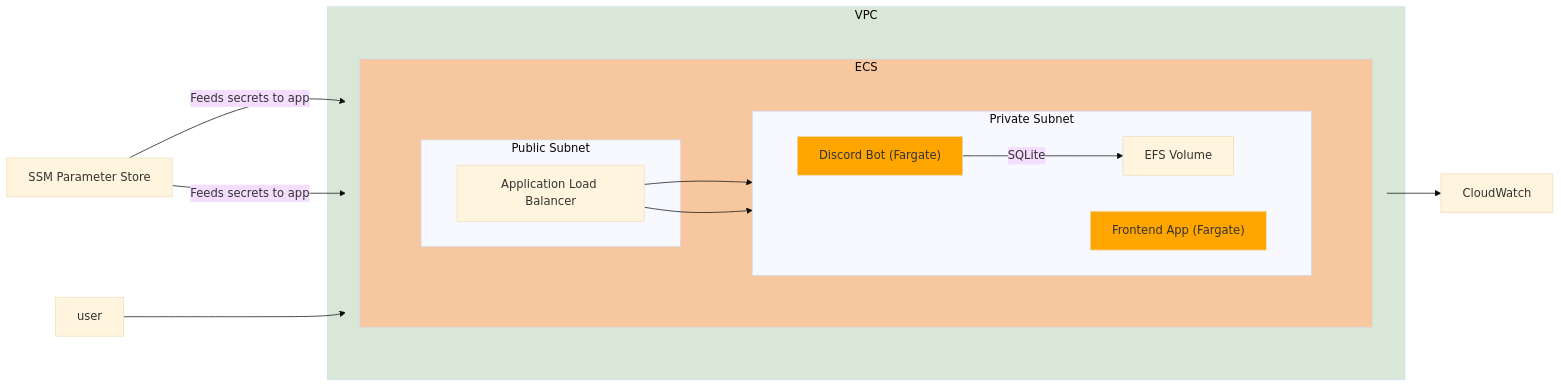
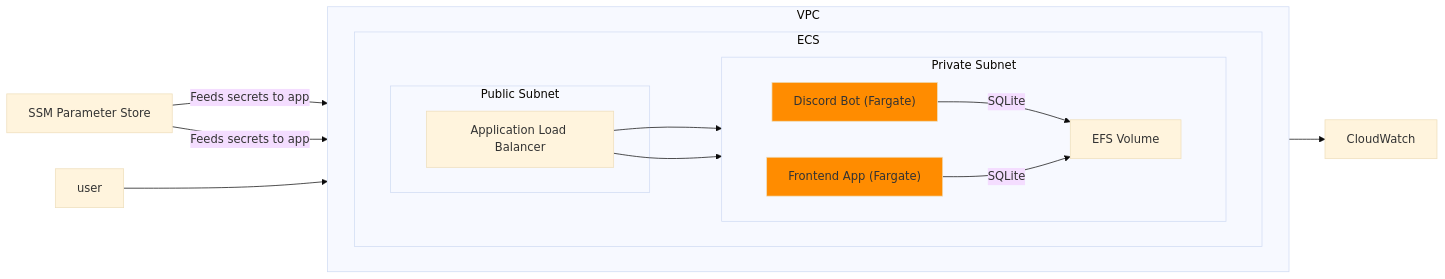
The diagram in docs/architecture-diagram.md (aws-amplify/discord-bot), drawn with Mermaid before and after one commit.

Commit message:
chore: update mermaid diagram

````diff
--- a/docs/architecture-diagram.md
+++ b/docs/architecture-diagram.md
@@ -3,52 +3,39 @@
 ```mermaid
 %%{init: {'theme':'base'}}%%
 flowchart LR
-    classDef container fill:orange;
-    classDef subgraph_padding fill:none,stroke:none
-
     user
     ssm[SSM Parameter Store]
     cloudwatch[CloudWatch]
 
     subgraph vpc["VPC<br/>"]
-    subgraph br1 [ ]
-
-        direction TB
-        style vpc fill:#d9e7d6;
-
+        %% style vpc fill:#d9e7d6;
+        direction LR
         subgraph ecs[ECS]
-        subgraph br2 [ ]
-
-            style ecs fill:#f7c7a0;
+            %% style ecs fill:#f7c7a0;
             direction LR
             subgraph Private Subnet
                 direction LR
-
-                cBot["Discord Bot (Fargate)"]
-                cApp["Frontend App (Fargate)"]
+                cBot["Discord Bot (Fargate)"]:::container
+                cApp["Frontend App (Fargate)"]:::container
                 efs["EFS Volume"]
 
                 cBot -->|SQLite| efs
-
-                class cBot container
-                class cApp container
+                cApp -->|SQLite| efs
             end
             subgraph Public Subnet
                 alb["Application Load Balancer"]
             end
 
             alb --> cBot
             alb --> cApp
         end
-        end
     end
-    end
-
-    class br1 subgraph_padding
-    class br2 subgraph_padding
 
     ssm -->|Feeds secrets to app| cBot
     ssm -->|Feeds secrets to app| cApp
     user --> alb
     ecs --> cloudwatch
+
+
+    classDef container fill:darkorange;
 ```
````
